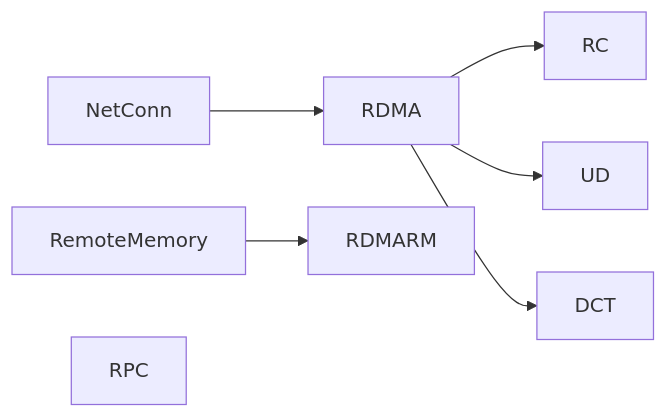
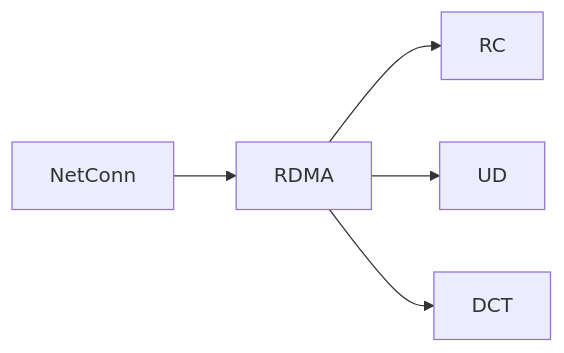
The first of 2 diagrams in docs/network-daemon.md (ProjectMitosisOS/mitosis-core), drawn with Mermaid before and after one commit. The commit also changed other lines of this file and 9 other files, not shown here.

````diff
--- a/docs/network-daemon.md
+++ b/docs/network-daemon.md
@@ -4,10 +6,7 @@
 ```mermaid
 flowchart LR
 A[NetConn] --> B[RDMA]
 B-->C[RC]
 B-->D[UD]
 B-->E[DCT]
-F[RemoteMemory]
-F --> S[RDMARM]
-G[RPC]
 ```
````
